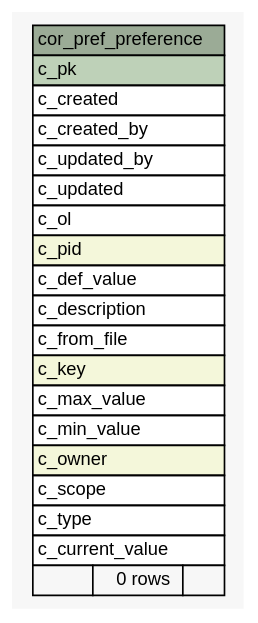
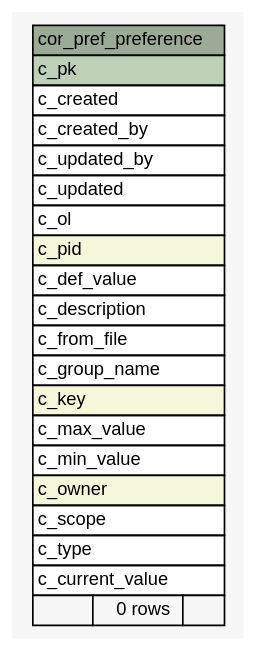
The diagram in 1.0.0-SNAPSHOT/schemaspy/diagrams/summary/cor_pref_preference.1degree.dot (openwms/org.openwms.core.preferences.lib), drawn with Graphviz before and after one commit. The commit also changed 29 other files, not shown here.

```diff
--- a/1.0.0-SNAPSHOT/schemaspy/diagrams/summary/cor_pref_preference.1degree.dot
+++ b/1.0.0-SNAPSHOT/schemaspy/diagrams/summary/cor_pref_preference.1degree.dot
@@ -1,46 +1,47 @@
 // dot 2.43.0 on Linux 5.15.0-1033-azure
 // SchemaSpy rev Unknown
 digraph "cor_pref_preference" {
   graph [
     rankdir="RL"
     bgcolor="#f7f7f7"
     nodesep="0.18"
     ranksep="0.46"
     fontname="Helvetica"
     fontsize="11"
   ];
   node [
     fontname="Helvetica"
     fontsize="11"
     shape="plaintext"
   ];
   edge [
     arrowsize="0.8"
   ];
   "cor_pref_preference" [
     label=<
     <TABLE BORDER="0" CELLBORDER="1" CELLSPACING="0" BGCOLOR="#ffffff">
       <TR><TD COLSPAN="3" BGCOLOR="#9bab96" ALIGN="CENTER">cor_pref_preference</TD></TR>
       <TR><TD PORT="c_pk" COLSPAN="3" BGCOLOR="#bed1b8" ALIGN="LEFT">c_pk</TD></TR>
       <TR><TD PORT="c_created" COLSPAN="3" ALIGN="LEFT">c_created</TD></TR>
       <TR><TD PORT="c_created_by" COLSPAN="3" ALIGN="LEFT">c_created_by</TD></TR>
       <TR><TD PORT="c_updated_by" COLSPAN="3" ALIGN="LEFT">c_updated_by</TD></TR>
       <TR><TD PORT="c_updated" COLSPAN="3" ALIGN="LEFT">c_updated</TD></TR>
       <TR><TD PORT="c_ol" COLSPAN="3" ALIGN="LEFT">c_ol</TD></TR>
       <TR><TD PORT="c_pid" COLSPAN="3" BGCOLOR="#f4f7da" ALIGN="LEFT">c_pid</TD></TR>
       <TR><TD PORT="c_def_value" COLSPAN="3" ALIGN="LEFT">c_def_value</TD></TR>
       <TR><TD PORT="c_description" COLSPAN="3" ALIGN="LEFT">c_description</TD></TR>
       <TR><TD PORT="c_from_file" COLSPAN="3" ALIGN="LEFT">c_from_file</TD></TR>
+      <TR><TD PORT="c_group_name" COLSPAN="3" ALIGN="LEFT">c_group_name</TD></TR>
       <TR><TD PORT="c_key" COLSPAN="3" BGCOLOR="#f4f7da" ALIGN="LEFT">c_key</TD></TR>
       <TR><TD PORT="c_max_value" COLSPAN="3" ALIGN="LEFT">c_max_value</TD></TR>
       <TR><TD PORT="c_min_value" COLSPAN="3" ALIGN="LEFT">c_min_value</TD></TR>
       <TR><TD PORT="c_owner" COLSPAN="3" BGCOLOR="#f4f7da" ALIGN="LEFT">c_owner</TD></TR>
       <TR><TD PORT="c_scope" COLSPAN="3" ALIGN="LEFT">c_scope</TD></TR>
       <TR><TD PORT="c_type" COLSPAN="3" ALIGN="LEFT">c_type</TD></TR>
       <TR><TD PORT="c_current_value" COLSPAN="3" ALIGN="LEFT">c_current_value</TD></TR>
       <TR><TD ALIGN="LEFT" BGCOLOR="#f7f7f7">  </TD><TD ALIGN="RIGHT" BGCOLOR="#f7f7f7">0 rows</TD><TD ALIGN="RIGHT" BGCOLOR="#f7f7f7">  </TD></TR>
     </TABLE>>
     URL="tables/cor_pref_preference.html"
     tooltip="cor_pref_preference"
   ];
 }
```
